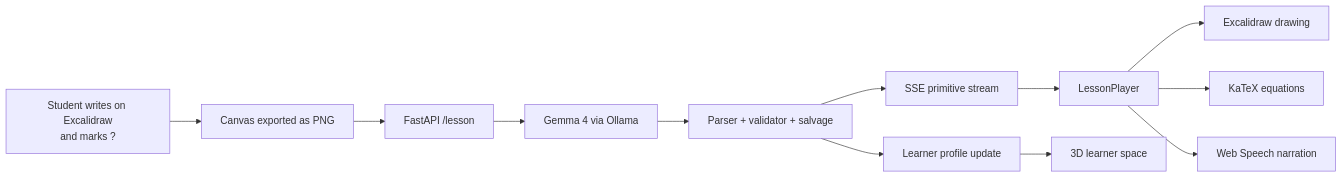
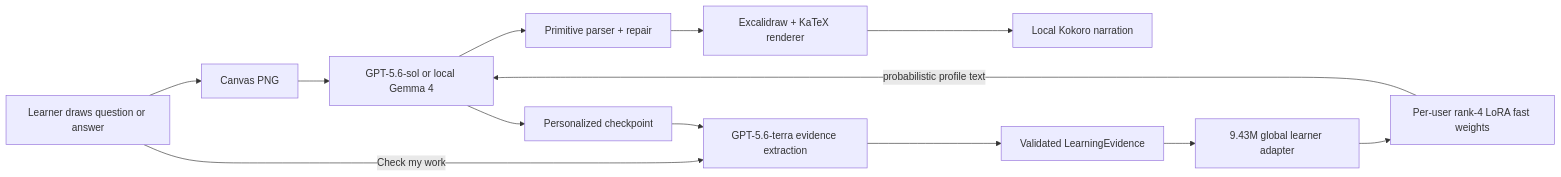
One commit to Abhijithreddydasari/Y changed the diagram in README.md. Above: the diagram before and after it, drawn with Mermaid. The commit also changed other lines of this file and 39 other files, not shown here.

````diff
--- a/README.md
+++ b/README.md
@@ -47,14 +33,15 @@
 ```mermaid
 flowchart LR
-    A[Student writes on Excalidraw<br/>and marks ?] --> B[Canvas exported as PNG]
-    B --> C[FastAPI /lesson]
-    C --> D[Gemma 4 via Ollama]
-    D --> E[Parser + validator + salvage]
-    E --> F[SSE primitive stream]
-    F --> G[LessonPlayer]
-    G --> H[Excalidraw drawing]
-    G --> I[KaTeX equations]
-    G --> J[Web Speech narration]
-    E --> K[Learner profile update]
-    K --> L[3D learner space]
+    A["Learner draws question or answer"] --> B["Canvas PNG"]
+    B --> C["GPT-5.6-sol or local Gemma 4"]
+    C --> D["Primitive parser + repair"]
+    D --> E["Excalidraw + KaTeX renderer"]
+    E --> F["Local Kokoro narration"]
+    C --> G["Personalized checkpoint"]
+    A -->|"Check my work"| H["GPT-5.6-terra evidence extraction"]
+    G --> H
+    H --> I["Validated LearningEvidence"]
+    I --> J["9.43M global learner adapter"]
+    J --> K["Per-user rank-4 LoRA fast weights"]
+    K -->|"probabilistic profile text"| C
 ```
````
